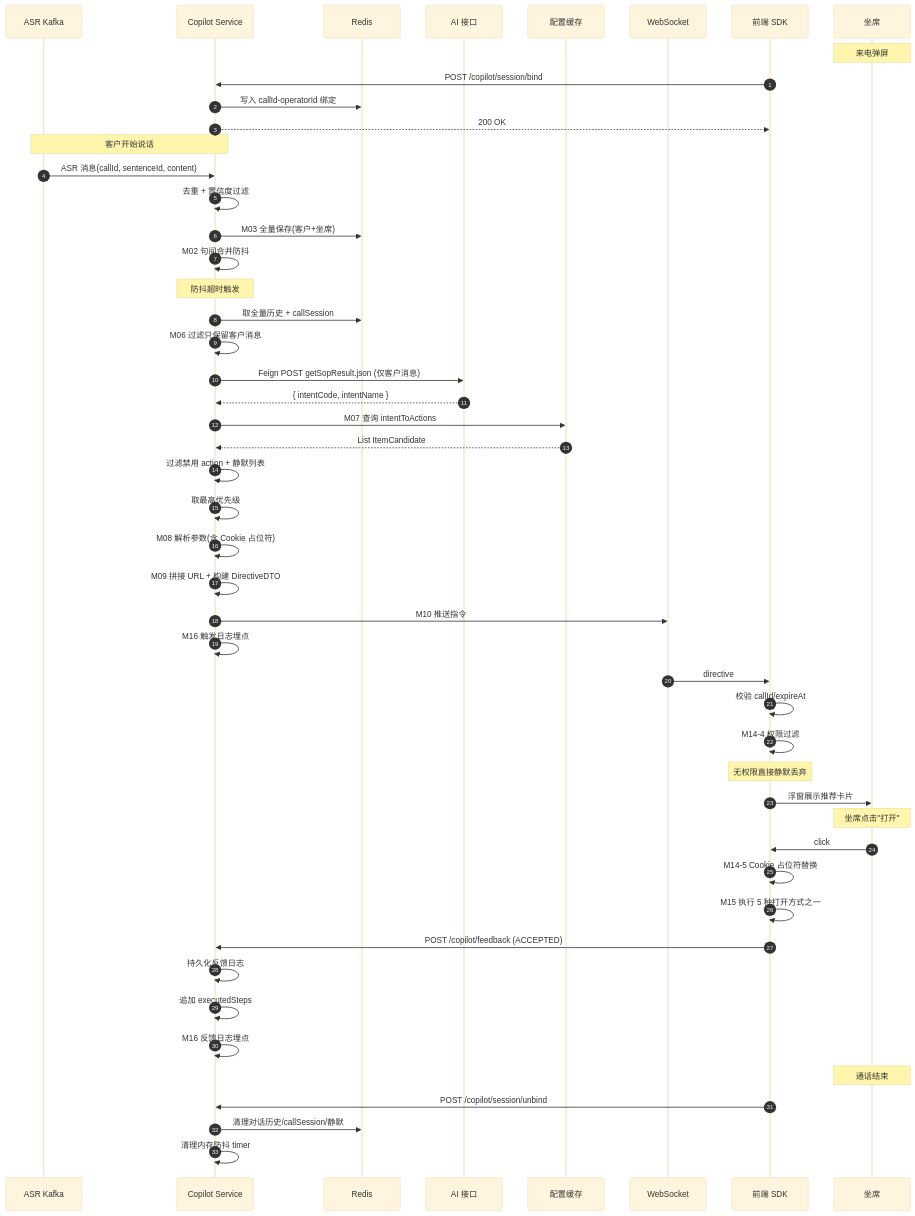
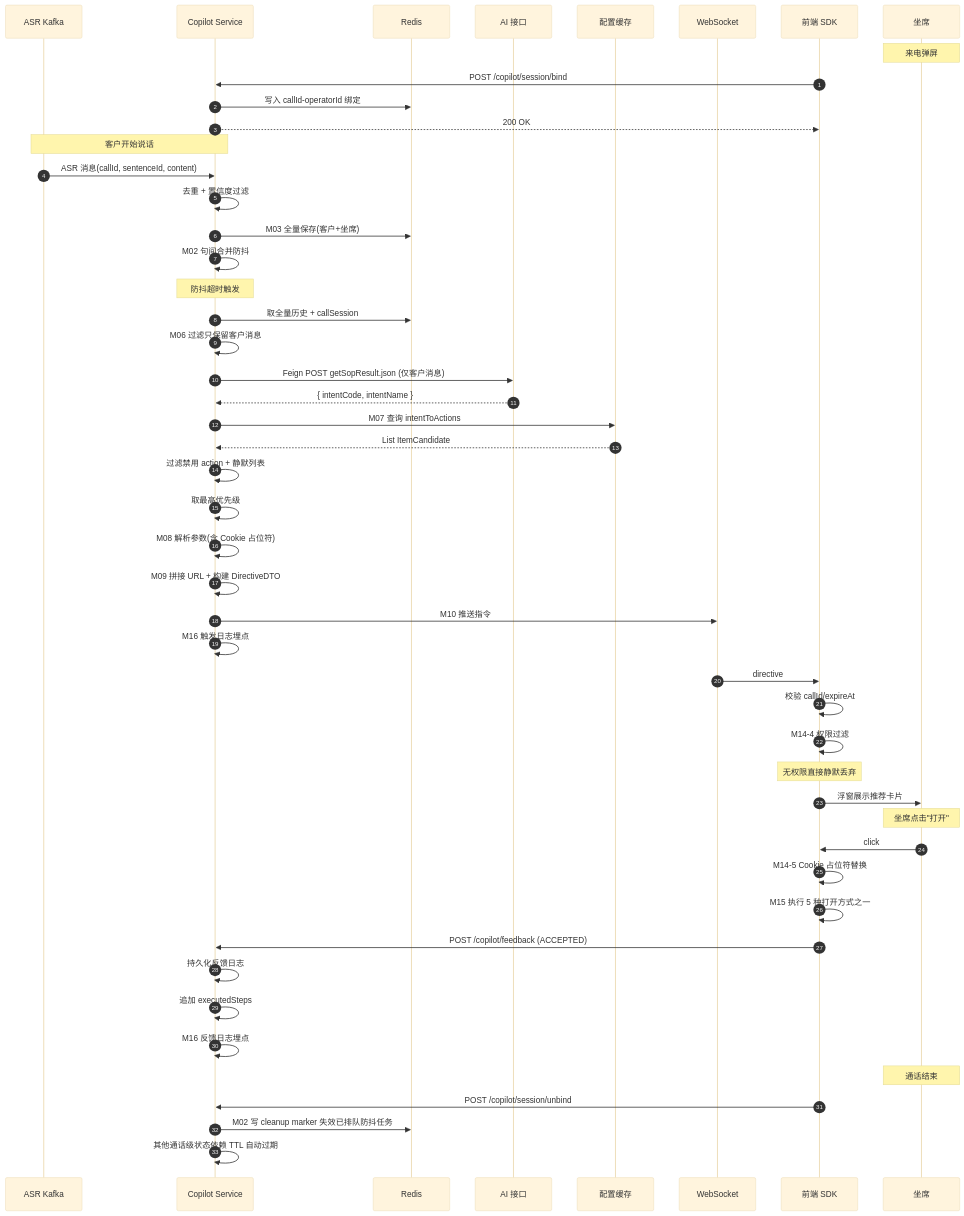
Before and after one commit to qzz617/copilot: diagram 20 of 24 in cs-copilot-service/docs/dd-v1.2.md, drawn with Mermaid (base theme). The commit also changed other lines of this file and 4 other files, not shown here.

````diff
--- a/cs-copilot-service/docs/dd-v1.2.md
+++ b/cs-copilot-service/docs/dd-v1.2.md
@@ -3456,59 +3481,59 @@
 ```mermaid
 sequenceDiagram
     autonumber
     participant ASR as ASR Kafka
     participant SVC as Copilot Service
     participant Redis
     participant AI as AI 接口
     participant CFG as 配置缓存
     participant WS as WebSocket
     participant FE as 前端 SDK
     participant OP as 坐席
 
     Note over OP: 来电弹屏
     FE->>SVC: POST /copilot/session/bind
     SVC->>Redis: 写入 callId-operatorId 绑定
     SVC-->>FE: 200 OK
 
     Note over ASR,SVC: 客户开始说话
     ASR->>SVC: ASR 消息(callId, sentenceId, content)
     SVC->>SVC: 去重 + 置信度过滤
     SVC->>Redis: M03 全量保存(客户+坐席)
     SVC->>SVC: M02 句间合并防抖
 
     Note over SVC: 防抖超时触发
     SVC->>Redis: 取全量历史 + callSession
     SVC->>SVC: M06 过滤只保留客户消息
     SVC->>AI: Feign POST getSopResult.json (仅客户消息)
     AI-->>SVC: { intentCode, intentName }
 
     SVC->>CFG: M07 查询 intentToActions
     CFG-->>SVC: List ItemCandidate
     SVC->>SVC: 过滤禁用 action + 静默列表
     SVC->>SVC: 取最高优先级
     SVC->>SVC: M08 解析参数(含 Cookie 占位符)
     SVC->>SVC: M09 拼接 URL + 构建 DirectiveDTO
     SVC->>WS: M10 推送指令
     SVC->>SVC: M16 触发日志埋点
 
     WS->>FE: directive
     FE->>FE: 校验 callId/expireAt
     FE->>FE: M14-4 权限过滤
     Note over FE: 无权限直接静默丢弃
 
     FE->>OP: 浮窗展示推荐卡片
 
     Note over OP: 坐席点击"打开"
     OP->>FE: click
     FE->>FE: M14-5 Cookie 占位符替换
     FE->>FE: M15 执行 5 种打开方式之一
     FE->>SVC: POST /copilot/feedback (ACCEPTED)
     SVC->>SVC: 持久化反馈日志
     SVC->>SVC: 追加 executedSteps
     SVC->>SVC: M16 反馈日志埋点
 
     Note over OP: 通话结束
     FE->>SVC: POST /copilot/session/unbind
-    SVC->>Redis: 清理对话历史/callSession/静默
-    SVC->>SVC: 清理内存防抖 timer
+    SVC->>Redis: M02 写 cleanup marker 失效已排队防抖任务
+    SVC->>SVC: 其他通话级状态依赖 TTL 自动过期
 ```
````
